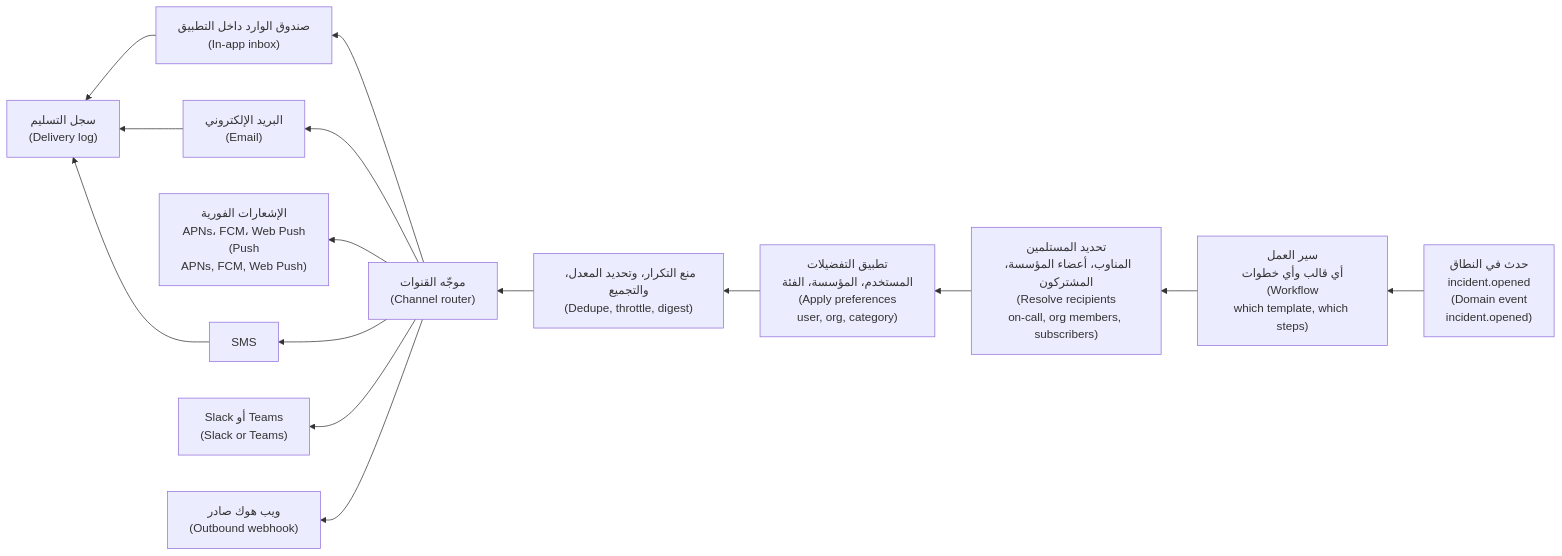
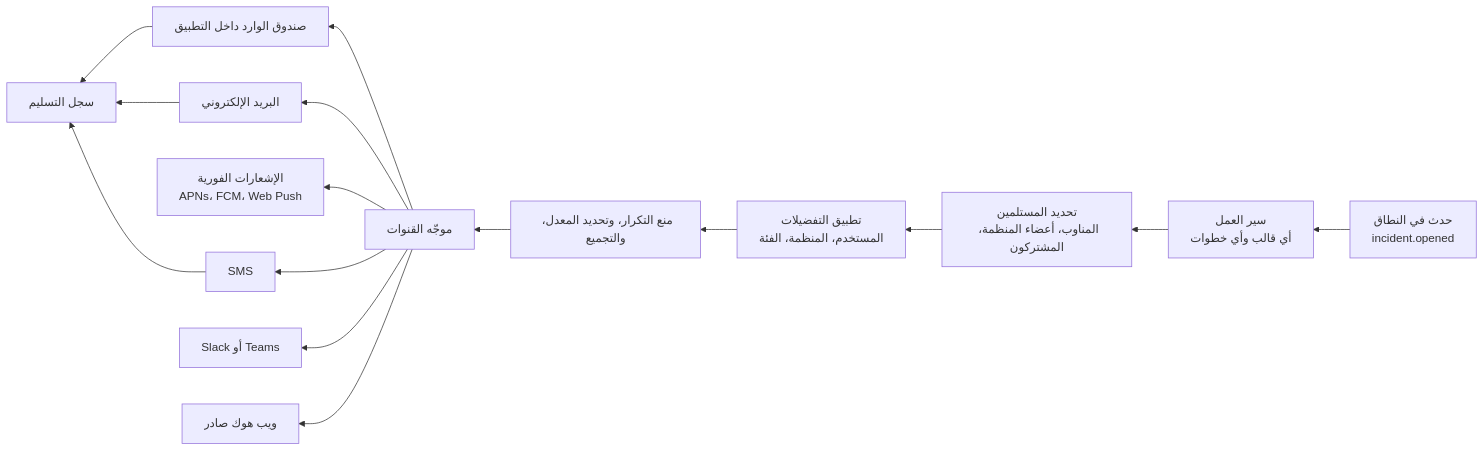
One commit to Tamoura/system-design-for-vibe-coders changed the second of 6 diagrams in saas/modules/04-communication.ar.md. Above: the diagram before and after it, drawn with Mermaid. The commit also changed other lines of this file and 551 other files, not shown here.

````diff
--- a/saas/modules/04-communication.ar.md
+++ b/saas/modules/04-communication.ar.md
@@ -309,17 +309,17 @@
 ```mermaid
 flowchart RL
-    E["حدث في النطاق<br/>incident.opened<br/>(Domain event<br/>incident.opened)"] --> WF["سير العمل<br/>أي قالب وأي خطوات<br/>(Workflow<br/>which template, which steps)"]
-    WF --> RC["تحديد المستلمين<br/>المناوب، أعضاء المؤسسة، المشتركون<br/>(Resolve recipients<br/>on-call, org members, subscribers)"]
-    RC --> PR["تطبيق التفضيلات<br/>المستخدم، المؤسسة، الفئة<br/>(Apply preferences<br/>user, org, category)"]
-    PR --> TH["منع التكرار، وتحديد المعدل، والتجميع<br/>(Dedupe, throttle, digest)"]
-    TH --> RT["موجّه القنوات<br/>(Channel router)"]
-    RT --> IN["صندوق الوارد داخل التطبيق<br/>(In-app inbox)"]
-    RT --> EM["البريد الإلكتروني<br/>(Email)"]
-    RT --> PU["الإشعارات الفورية<br/>APNs، FCM، Web Push<br/>(Push<br/>APNs, FCM, Web Push)"]
+    E["حدث في النطاق<br/>incident.opened"] --> WF["سير العمل<br/>أي قالب وأي خطوات"]
+    WF --> RC["تحديد المستلمين<br/>المناوب، أعضاء المنظمة، المشتركون"]
+    RC --> PR["تطبيق التفضيلات<br/>المستخدم، المنظمة، الفئة"]
+    PR --> TH["منع التكرار، وتحديد المعدل، والتجميع"]
+    TH --> RT["موجّه القنوات"]
+    RT --> IN["صندوق الوارد داخل التطبيق"]
+    RT --> EM["البريد الإلكتروني"]
+    RT --> PU["الإشعارات الفورية<br/>APNs، FCM، Web Push"]
     RT --> SM["SMS"]
-    RT --> SL["Slack أو Teams<br/>(Slack or Teams)"]
-    RT --> WH["ويب هوك صادر<br/>(Outbound webhook)"]
-    IN --> LOG["سجل التسليم<br/>(Delivery log)"]
+    RT --> SL["Slack أو Teams"]
+    RT --> WH["ويب هوك صادر"]
+    IN --> LOG["سجل التسليم"]
     EM --> LOG
     SM --> LOG
 ```
````
